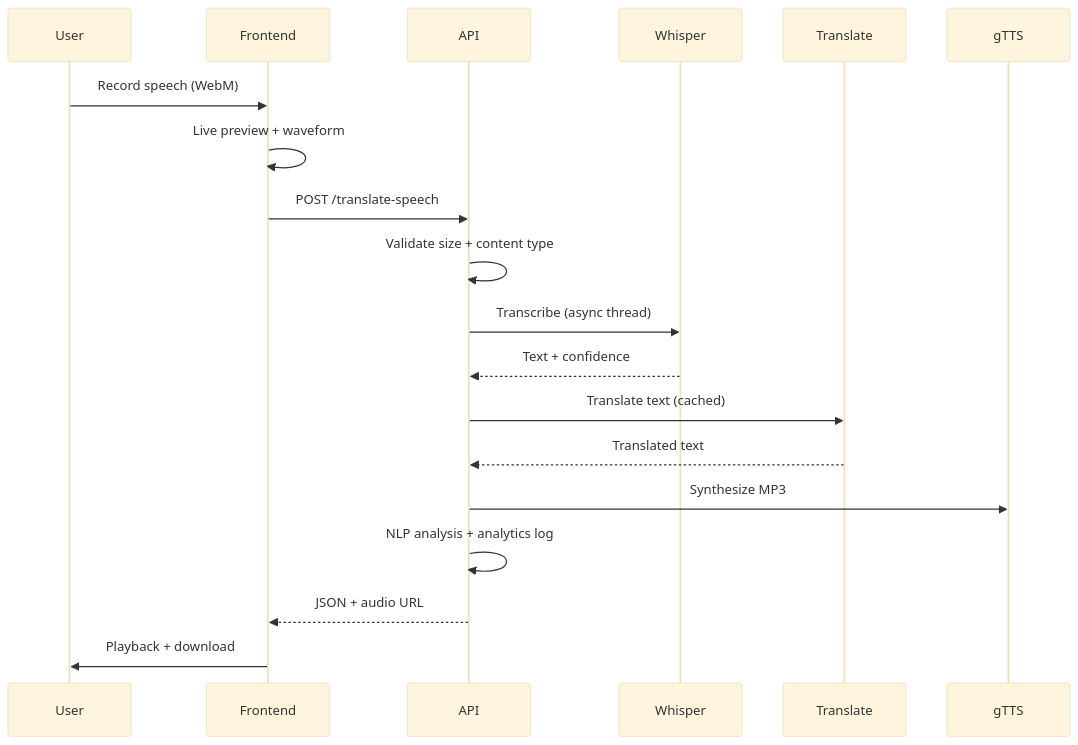
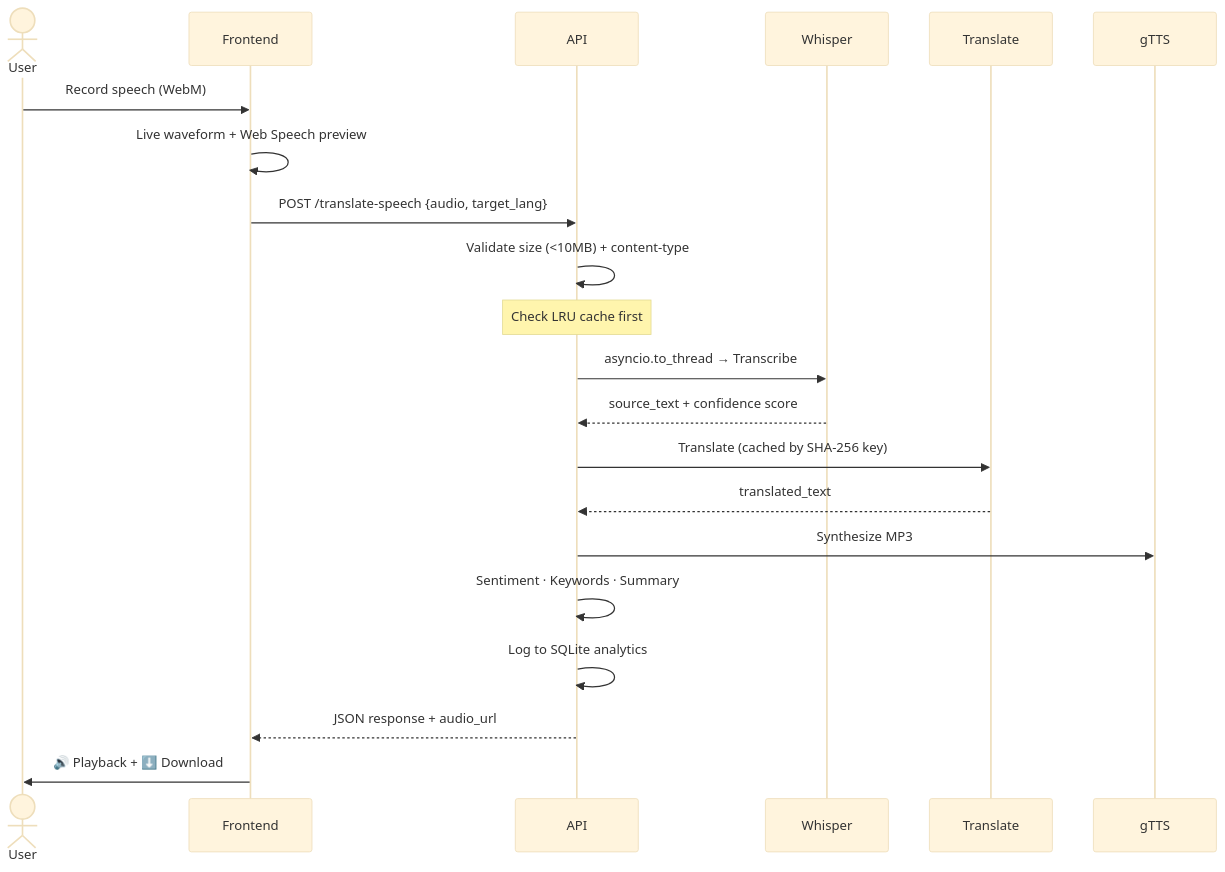
The second of 2 diagrams in README.md (Aurora-st/Stream-speech-Multilanguage), drawn with Mermaid (base theme) before and after one commit. The commit also changed other lines of this file, not shown here.

````diff
--- a/README.md
+++ b/README.md
@@ -74,22 +151,24 @@
 ```mermaid
 sequenceDiagram
-    participant User
+    actor User
     participant Frontend
     participant API
     participant Whisper
     participant Translate
     participant gTTS
 
     User->>Frontend: Record speech (WebM)
-    Frontend->>Frontend: Live preview + waveform
-    Frontend->>API: POST /translate-speech
-    API->>API: Validate size + content type
-    API->>Whisper: Transcribe (async thread)
-    Whisper-->>API: Text + confidence
-    API->>Translate: Translate text (cached)
-    Translate-->>API: Translated text
+    Frontend->>Frontend: Live waveform + Web Speech preview
+    Frontend->>API: POST /translate-speech {audio, target_lang}
+    API->>API: Validate size (<10MB) + content-type
+    Note over API: Check LRU cache first
+    API->>Whisper: asyncio.to_thread → Transcribe
+    Whisper-->>API: source_text + confidence score
+    API->>Translate: Translate (cached by SHA-256 key)
+    Translate-->>API: translated_text
     API->>gTTS: Synthesize MP3
-    API->>API: NLP analysis + analytics log
-    API-->>Frontend: JSON + audio URL
-    Frontend->>User: Playback + download
+    API->>API: Sentiment · Keywords · Summary
+    API->>API: Log to SQLite analytics
+    API-->>Frontend: JSON response + audio_url
+    Frontend->>User: 🔊 Playback + ⬇️ Download
 ```
````
